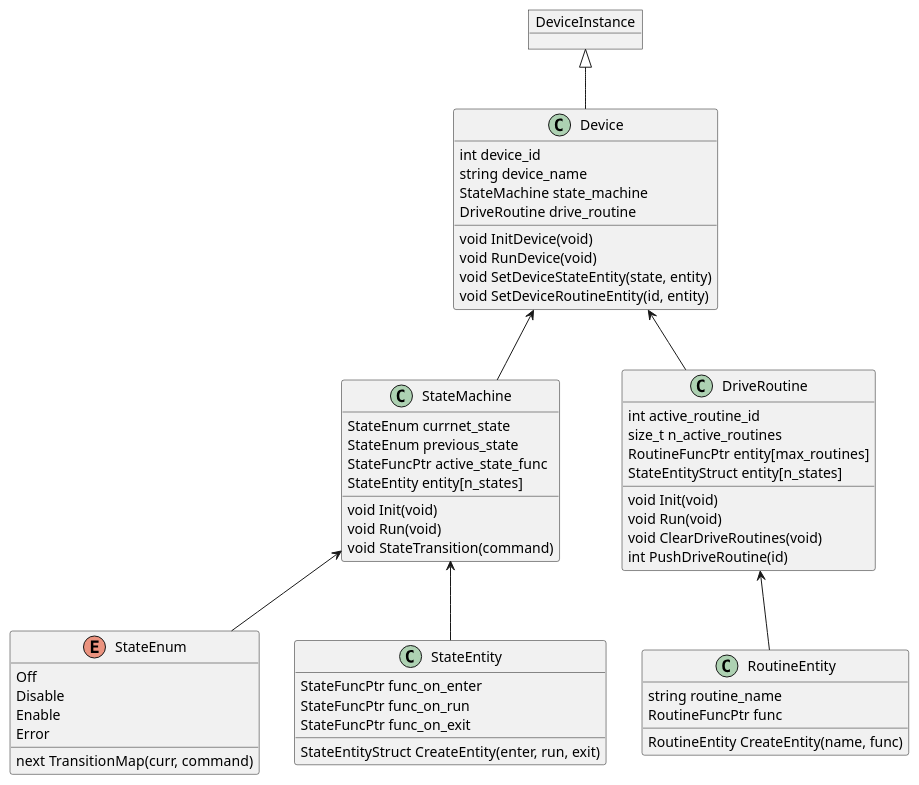
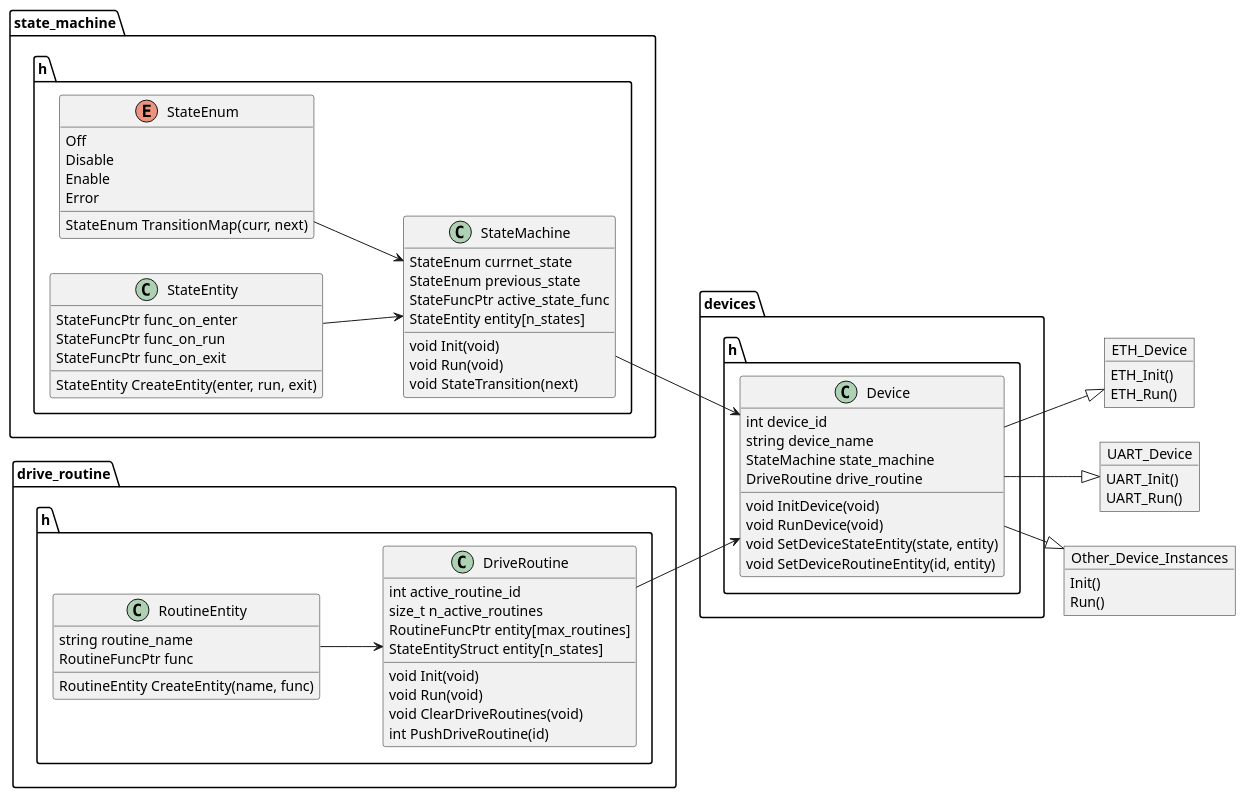
One commit to cv5006/mddu_pattern_test changed the diagram in mddu.puml. Above: the diagram before and after it, drawn with PlantUML.

Commit message:
Update UML

```diff
--- a/mddu.puml
+++ b/mddu.puml
@@ -1,75 +1,99 @@
 @startuml
+left to right direction
+
 '*--- State Machine ---*
+namespace state_machine.h{
 enum StateEnum {
     Off
     Disable
     Enable
     Error
-    next TransitionMap(curr, command)
+    StateEnum TransitionMap(curr, next)
 }
 
 class StateEntity {
     StateFuncPtr func_on_enter
     StateFuncPtr func_on_run
     StateFuncPtr func_on_exit
-    StateEntityStruct CreateEntity(enter, run, exit)
+    StateEntity CreateEntity(enter, run, exit)
 }
 
 class StateMachine {
     StateEnum currnet_state
     StateEnum previous_state
     StateFuncPtr active_state_func
     StateEntity entity[n_states]
     void Init(void)
     void Run(void)
-    void StateTransition(command)
+    void StateTransition(next)
 }
-
-StateMachine <-- StateEnum
-StateMachine <-- StateEntity
+' StateMachine <-- StateEnum
+' StateMachine <-- StateEntity
+StateEnum   --> StateMachine
+StateEntity --> StateMachine
+}
 
 
 '*--- Drive Routine ---*
+namespace drive_routine.h{
 class RoutineEntity {
     string routine_name
     RoutineFuncPtr func
     RoutineEntity CreateEntity(name, func)
 }
 
 class DriveRoutine {
     int active_routine_id
     size_t n_active_routines
     RoutineFuncPtr entity[max_routines]
     StateEntityStruct entity[n_states]
     void Init(void)
     void Run(void)
     void ClearDriveRoutines(void)
     int PushDriveRoutine(id)
 }
 
-DriveRoutine <-- RoutineEntity
-
+' DriveRoutine <-- RoutineEntity
+RoutineEntity --> DriveRoutine
+}
 
 
 '*--- Device ---*
+namespace devices.h{
 class Device {
     int device_id
     string device_name
     StateMachine state_machine
     DriveRoutine drive_routine
     void InitDevice(void)
     void RunDevice(void)
     void SetDeviceStateEntity(state, entity)
     void SetDeviceRoutineEntity(id, entity)
 }
 
-Device <-- StateMachine
-Device <-- DriveRoutine
+' Device <-- state_machine.h.StateMachine
+' Device <-- drive_routine.h.DriveRoutine
+state_machine.h.StateMachine --> Device
+drive_routine.h.DriveRoutine --> Device
+}
 
 
 '*--- Device Instance ---*
-object DeviceInstance
+object ETH_Device {
+    ETH_Init()
+    ETH_Run()
+}
+object UART_Device {
+    UART_Init()
+    UART_Run()
+}
+object Other_Device_Instances {
+    Init()
+    Run()
+}
 
-DeviceInstance <|-- Device
+devices.h.Device --|> ETH_Device
+devices.h.Device --|> UART_Device
+devices.h.Device --|> Other_Device_Instances
 
 @enduml
```
